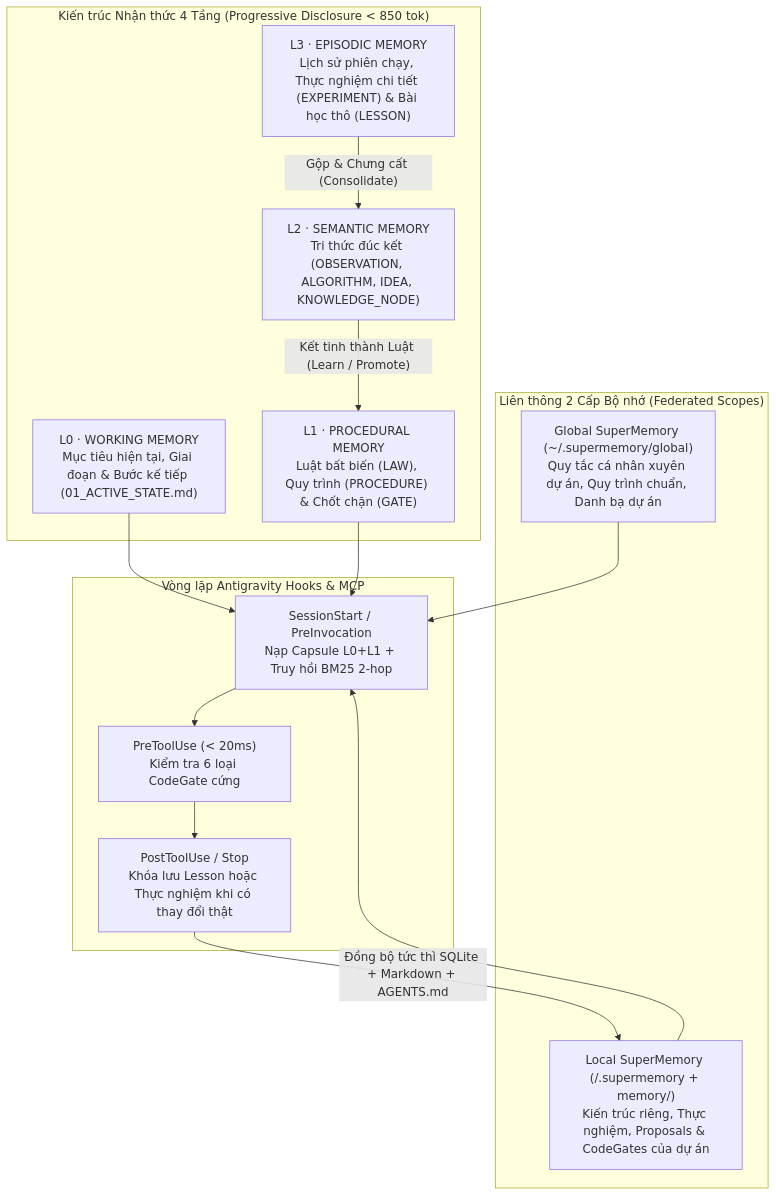
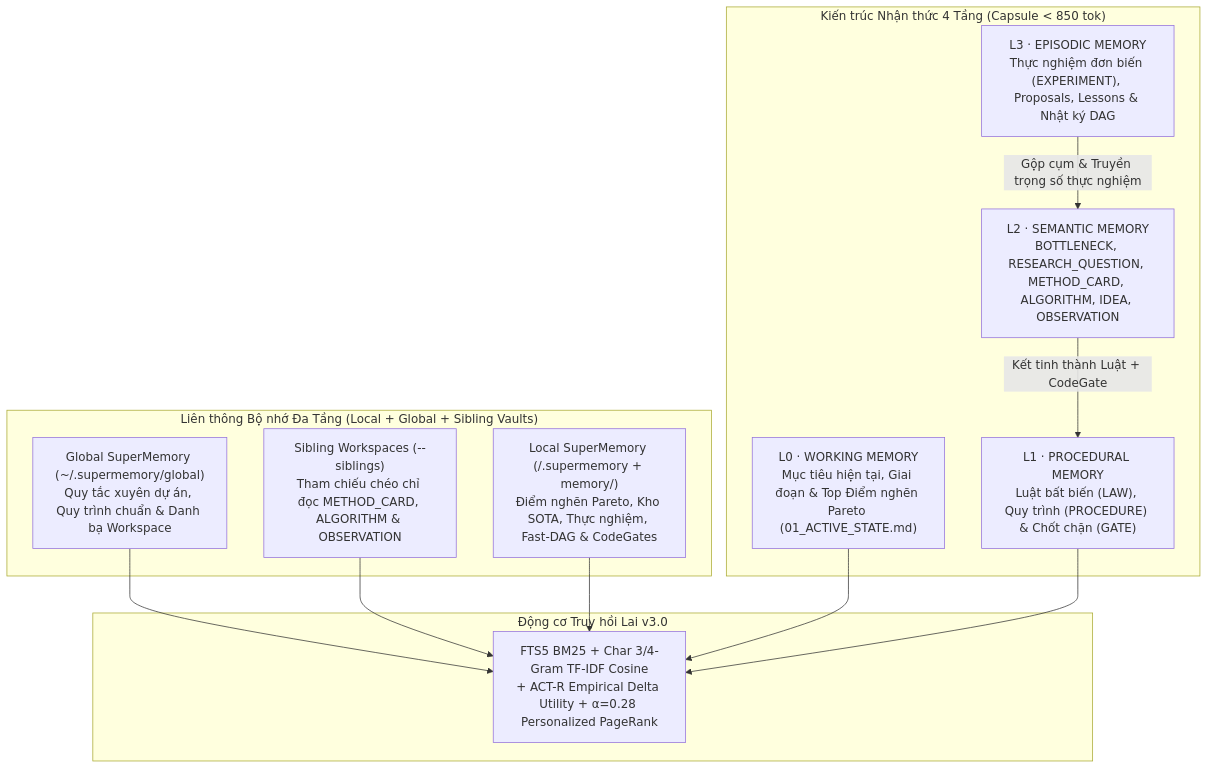
One commit to vtnguyen04/research-supermemory changed the first of 2 diagrams in README.vi.md. Above: the diagram before and after it, drawn with Mermaid. The commit also changed other lines of this file and 46 other files, not shown here.

Commit message:
feat: ship Research SuperMemory v3.0.0 bottleneck-first engine, SOTA scout, hybrid utility graph & Fast-DAG studio

````diff
--- a/README.vi.md
+++ b/README.vi.md
@@ -44,28 +48,24 @@
 ```mermaid
 flowchart TB
-    subgraph FED["Liên thông 2 Cấp Bộ nhớ (Federated Scopes)"]
-        GLB["Global SuperMemory (~/.supermemory/global)<br/>Quy tắc cá nhân xuyên dự án, Quy trình chuẩn, Danh bạ dự án"]
-        LOC["Local SuperMemory (<project>/.supermemory + memory/)<br/>Kiến trúc riêng, Thực nghiệm, Proposals & CodeGates của dự án"]
+    subgraph FED["Liên thông Bộ nhớ Đa Tầng (Local + Global + Sibling Vaults)"]
+        GLB["Global SuperMemory (~/.supermemory/global)<br/>Quy tắc xuyên dự án, Quy trình chuẩn & Danh bạ Workspace"]
+        SIB["Sibling Workspaces (--siblings)<br/>Tham chiếu chéo chỉ đọc METHOD_CARD, ALGORITHM & OBSERVATION"]
+        LOC["Local SuperMemory (<project>/.supermemory + memory/)<br/>Điểm nghẽn Pareto, Kho SOTA, Thực nghiệm, Fast-DAG & CodeGates"]
     end
 
-    subgraph TIERS["Kiến trúc Nhận thức 4 Tầng (Progressive Disclosure < 850 tok)"]
-        L0["L0 · WORKING MEMORY<br/>Mục tiêu hiện tại, Giai đoạn & Bước kế tiếp (01_ACTIVE_STATE.md)"]
+    subgraph TIERS["Kiến trúc Nhận thức 4 Tầng (Capsule < 850 tok)"]
+        L0["L0 · WORKING MEMORY<br/>Mục tiêu hiện tại, Giai đoạn & Top Điểm nghẽn Pareto (01_ACTIVE_STATE.md)"]
         L1["L1 · PROCEDURAL MEMORY<br/>Luật bất biến (LAW), Quy trình (PROCEDURE) & Chốt chặn (GATE)"]
-        L2["L2 · SEMANTIC MEMORY<br/>Tri thức đúc kết (OBSERVATION, ALGORITHM, IDEA, KNOWLEDGE_NODE)"]
-        L3["L3 · EPISODIC MEMORY<br/>Lịch sử phiên chạy, Thực nghiệm chi tiết (EXPERIMENT) & Bài học thô (LESSON)"]
+        L2["L2 · SEMANTIC MEMORY<br/>BOTTLENECK, RESEARCH_QUESTION, METHOD_CARD, ALGORITHM, IDEA, OBSERVATION"]
+        L3["L3 · EPISODIC MEMORY<br/>Thực nghiệm đơn biến (EXPERIMENT), Proposals, Lessons & Nhật ký DAG"]
     end
 
-    subgraph HOOKS["Vòng lặp Antigravity Hooks & MCP"]
-        SS["SessionStart / PreInvocation<br/>Nạp Capsule L0+L1 + Truy hồi BM25 2-hop"]
-        PTU["PreToolUse (< 20ms)<br/>Kiểm tra 6 loại CodeGate cứng"]
-        STOP["PostToolUse / Stop<br/>Khóa lưu Lesson hoặc Thực nghiệm khi có thay đổi thật"]
+    subgraph RANK["Động cơ Truy hồi Lai v3.0"]
+        HYB["FTS5 BM25 + Char 3/4-Gram TF-IDF Cosine<br/>+ ACT-R Empirical Delta Utility + α=0.28 Personalized PageRank"]
     end
 
-    GLB --> SS
-    LOC --> SS
-    L3 -->|"Gộp & Chưng cất (Consolidate)"| L2
-    L2 -->|"Kết tinh thành Luật (Learn / Promote)"| L1
-    L0 & L1 --> SS
-    SS --> PTU --> STOP
-    STOP -->|"Đồng bộ tức thì SQLite + Markdown + AGENTS.md"| LOC
+    GLB & SIB & LOC --> HYB
+    L3 -->|"Gộp cụm & Truyền trọng số thực nghiệm"| L2
+    L2 -->|"Kết tinh thành Luật + CodeGate"| L1
+    L0 & L1 --> HYB
 ```
````
